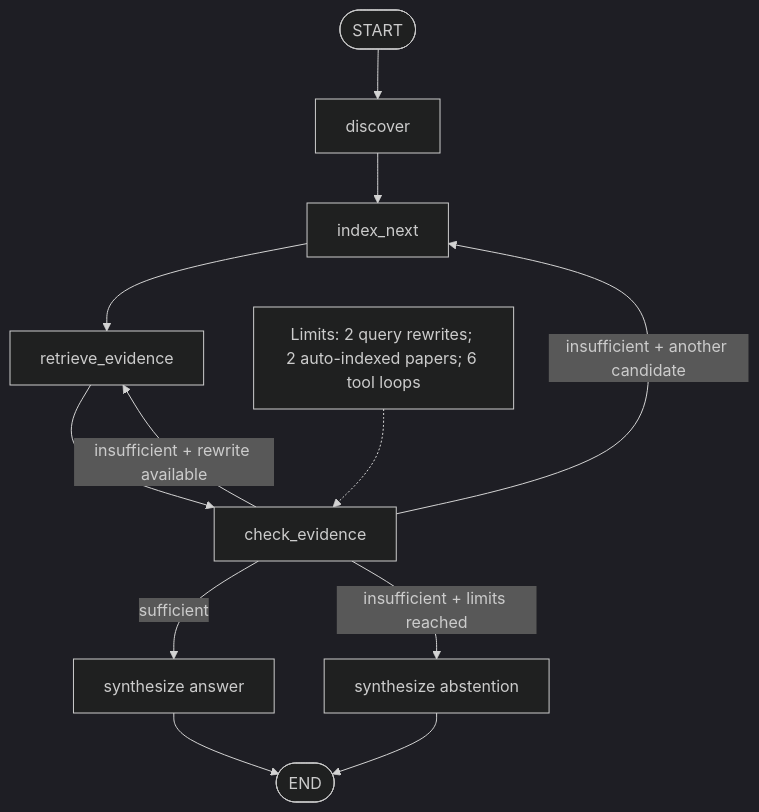
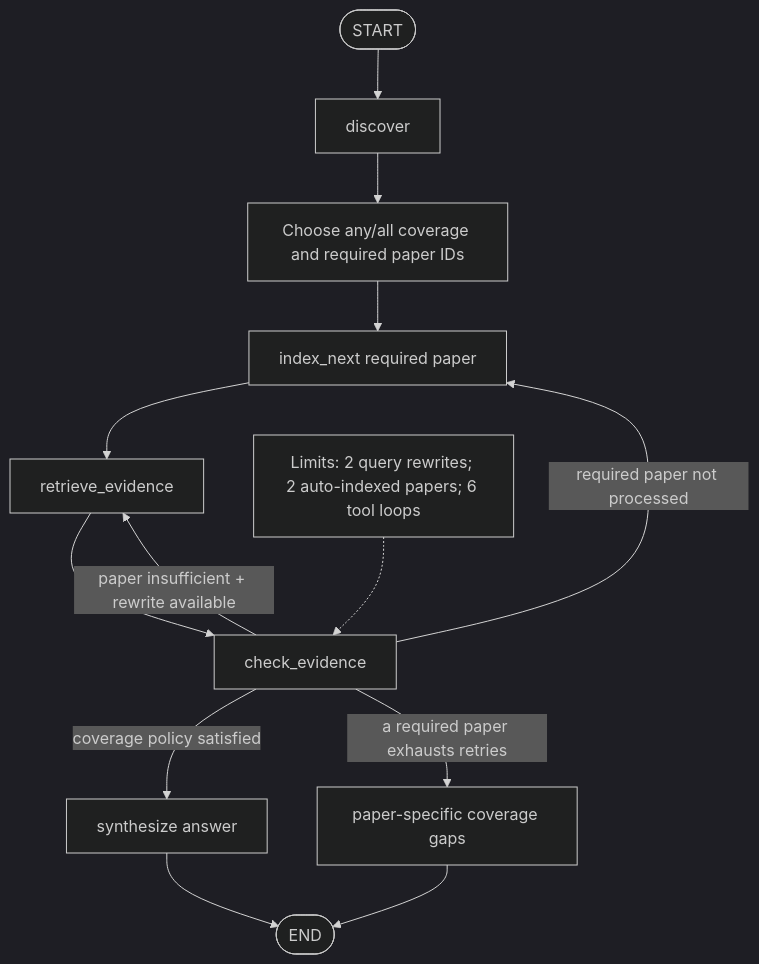
The third of 10 diagrams in docs/SYSTEM_VISUALIZATION.md (TQC0103/scientific-research-agent), drawn with Mermaid (dark theme) before and after one commit. The commit also changed other lines of this file and 16 other files, not shown here.

Commit message:
Add per-paper evidence coverage

````diff
--- a/docs/SYSTEM_VISUALIZATION.md
+++ b/docs/SYSTEM_VISUALIZATION.md
@@ -54,17 +54,18 @@
 ```mermaid
 flowchart TD
     START(["START"]) --> DISCOVER["discover"]
-    DISCOVER --> INDEX["index_next"]
+    DISCOVER --> COVERAGE["Choose any/all coverage and required paper IDs"]
+    COVERAGE --> INDEX["index_next required paper"]
     INDEX --> RETRIEVE["retrieve_evidence"]
     RETRIEVE --> CHECK["check_evidence"]
 
-    CHECK -->|"sufficient"| SYNTH["synthesize answer"]
-    CHECK -->|"insufficient + rewrite available"| RETRIEVE
-    CHECK -->|"insufficient + another candidate"| INDEX
-    CHECK -->|"insufficient + limits reached"| ABSTAIN["synthesize abstention"]
+    CHECK -->|"coverage policy satisfied"| SYNTH["synthesize answer"]
+    CHECK -->|"paper insufficient + rewrite available"| RETRIEVE
+    CHECK -->|"required paper not processed"| INDEX
+    CHECK -->|"a required paper exhausts retries"| ABSTAIN["paper-specific coverage gaps"]
 
     SYNTH --> END(["END"])
     ABSTAIN --> END
 
     LIMITS["Limits: 2 query rewrites; 2 auto-indexed papers; 6 tool loops"] -.-> CHECK
 ```
````
